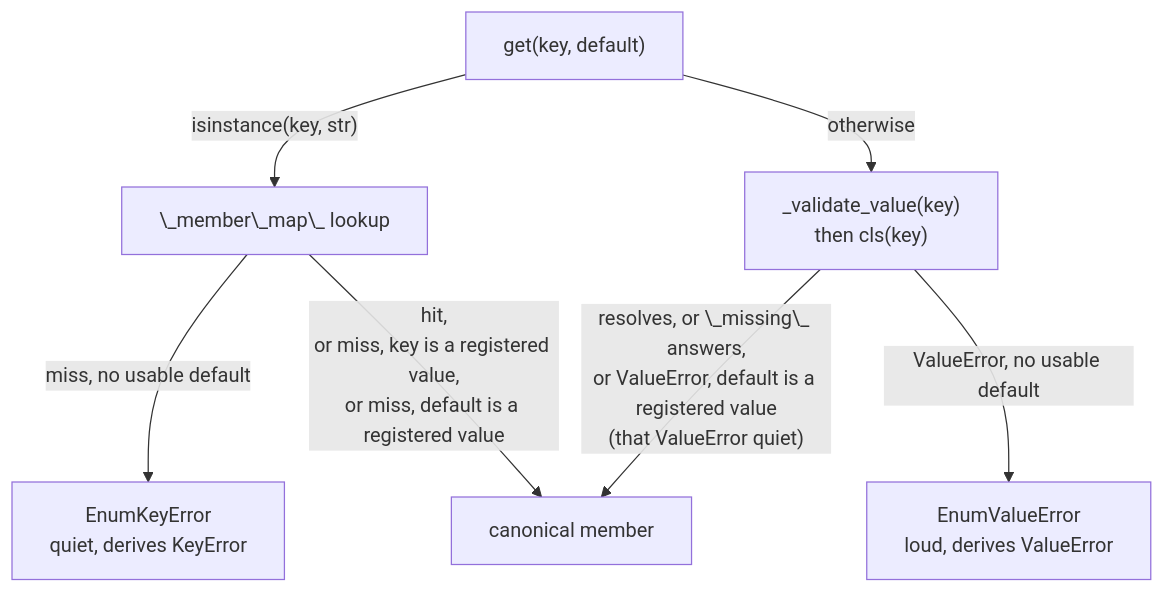
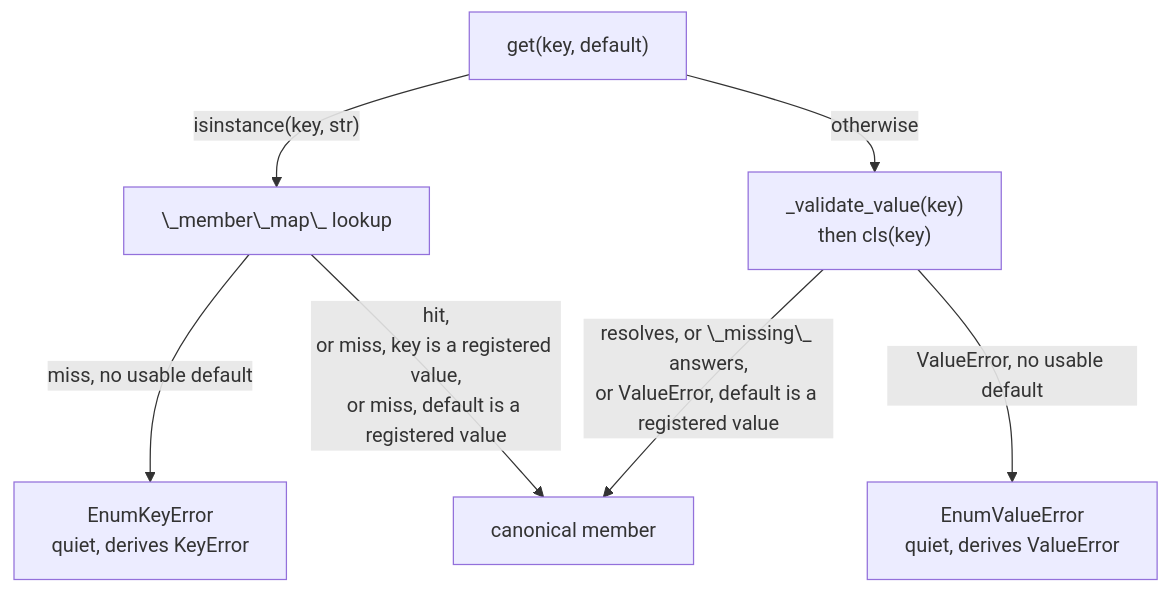
The diagram in docs/source/contributing/conventions/registry-protocol.rst (JarryShaw/PyPCAPKit), drawn with Mermaid before and after one commit. The commit also changed other lines of this file and 5 other files, not shown here.

First line of the commit message:
fix(corekit): make get quiet for an out-of-range value with or without a default (#1845)

```diff
--- a/docs/source/contributing/conventions/registry-protocol.rst
+++ b/docs/source/contributing/conventions/registry-protocol.rst
@@ -157,9 +154,9 @@
 .. mermaid::
 
    flowchart TD
        GET["get(key, default)"] -->|"isinstance(key, str)"| NAME["\_member\_map\_ lookup"]
        GET -->|"otherwise"| VALUE["_validate_value(key)<br/>then cls(key)"]
        NAME -->|"miss, no usable default"| KEYERR["EnumKeyError<br/>quiet, derives KeyError"]
        NAME -->|"hit,<br/>or miss, key is a registered value,<br/>or miss, default is a registered value"| OK["canonical member"]
-       VALUE -->|"resolves, or \_missing\_ answers,<br/>or ValueError, default is a registered value<br/>(that ValueError quiet)"| OK
-       VALUE -->|"ValueError, no usable default"| VALERR["EnumValueError<br/>loud, derives ValueError"]
+       VALUE -->|"resolves, or \_missing\_ answers,<br/>or ValueError, default is a registered value"| OK
+       VALUE -->|"ValueError, no usable default"| VALERR["EnumValueError<br/>quiet, derives ValueError"]
```
